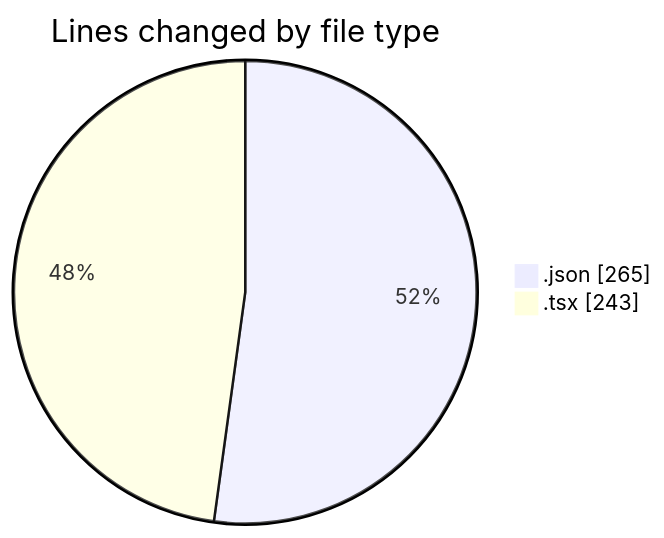
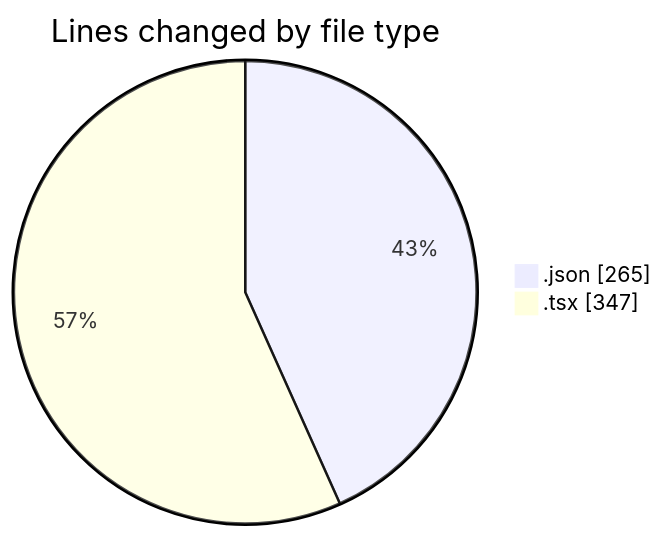
The first of 2 diagrams in 2026-04-22/cda/README.md (momahboobian/code-tracking), drawn with Mermaid before and after one commit. The commit also changed other lines of this file and 1 other file, not shown here.

````diff
--- a/2026-04-22/cda/README.md
+++ b/2026-04-22/cda/README.md
@@ -24,6 +24,6 @@
 ```mermaid
 pie showData
 title Lines changed by file type
 ".json" : 265
-".tsx" : 243
+".tsx" : 347
 ```
````
